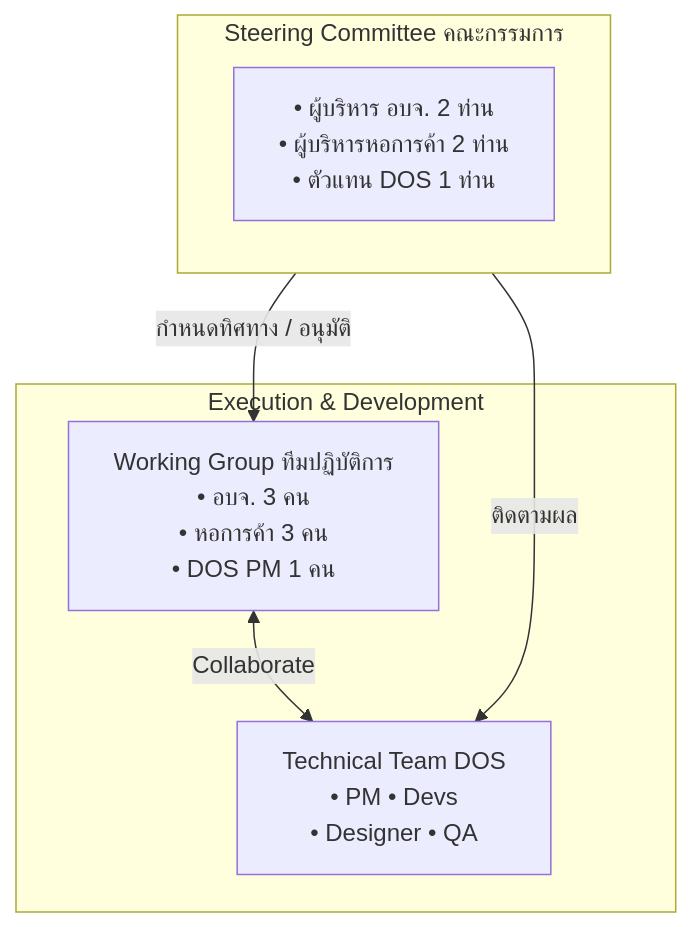
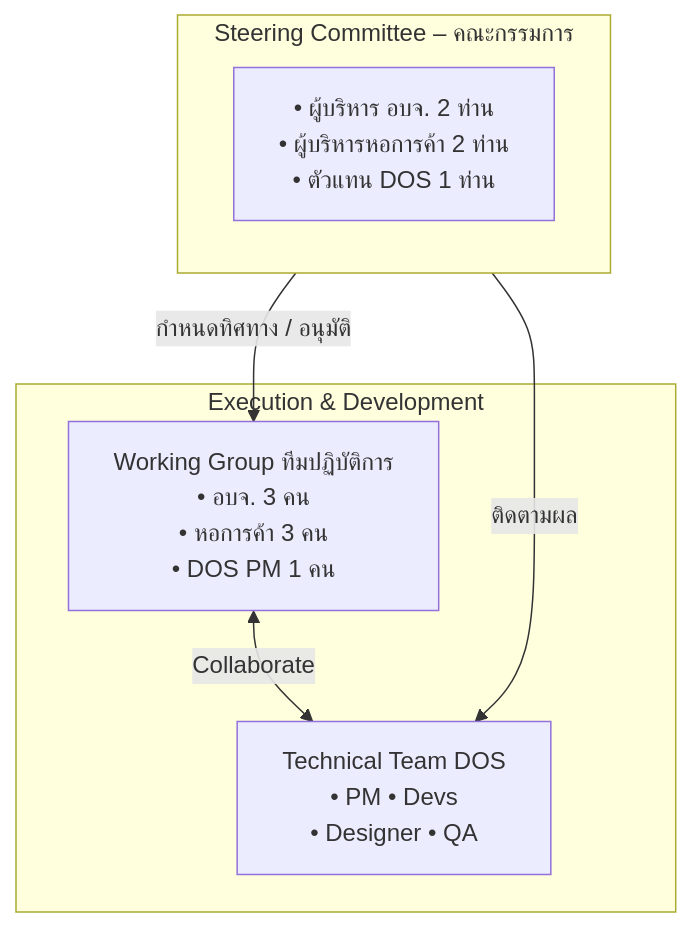
One commit to tlejay/Kuekan changed the second of 5 diagrams in 01 Proposals/Proposal_KueKan_PAO_NCC_McKinsey-Shorten.md. Above: the diagram before and after it, drawn with Mermaid. The commit also changed other lines of this file and 29 other files, not shown here.

````diff
--- a/01 Proposals/Proposal_KueKan_PAO_NCC_McKinsey-Shorten.md
+++ b/01 Proposals/Proposal_KueKan_PAO_NCC_McKinsey-Shorten.md
@@ -211,15 +210,15 @@
 ```mermaid
 graph TD
-    subgraph Steering [Steering Committee คณะกรรมการ]
+    subgraph Steering [Steering Committee – คณะกรรมการ]
         SC_Members[• ผู้บริหาร อบจ. 2 ท่าน<br/>• ผู้บริหารหอการค้า 2 ท่าน<br/>• ตัวแทน DOS 1 ท่าน]
     end
 
     subgraph Execution [Execution & Development]
         WG[Working Group ทีมปฏิบัติการ<br/>• อบจ. 3 คน<br/>• หอการค้า 3 คน<br/>• DOS PM 1 คน]
         Tech[Technical Team DOS<br/>• PM • Devs<br/>• Designer • QA]
     end
 
     Steering -->|กำหนดทิศทาง / อนุมัติ| WG
     Steering -->|ติดตามผล| Tech
-    WG <-->|Collaborate| Tech
+    WG <--> |Collaborate| Tech
 ```
````
